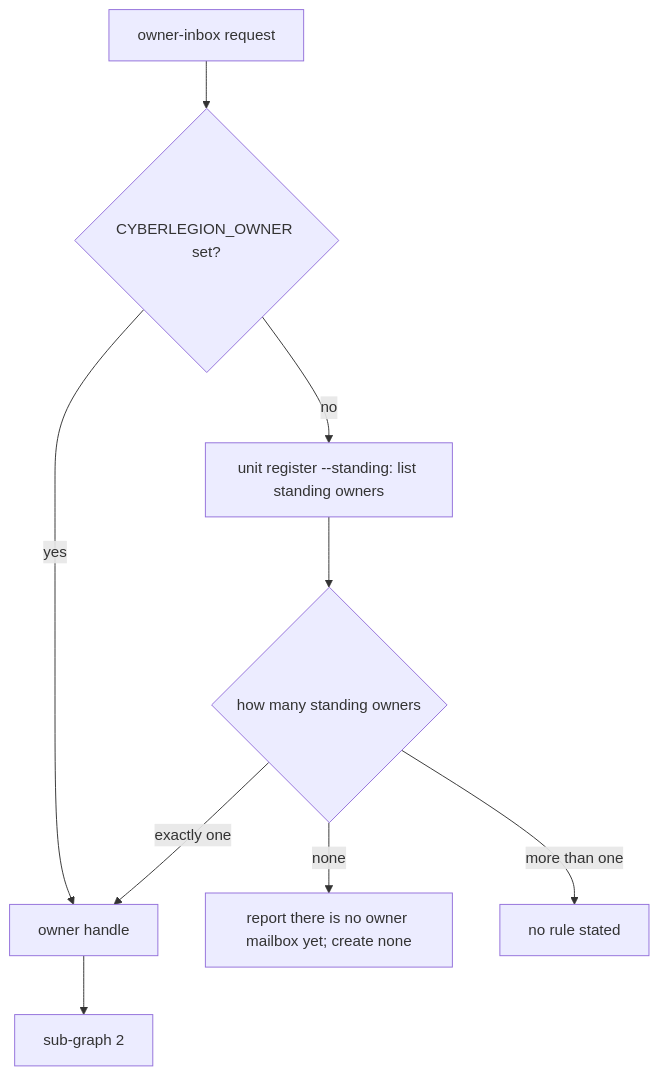
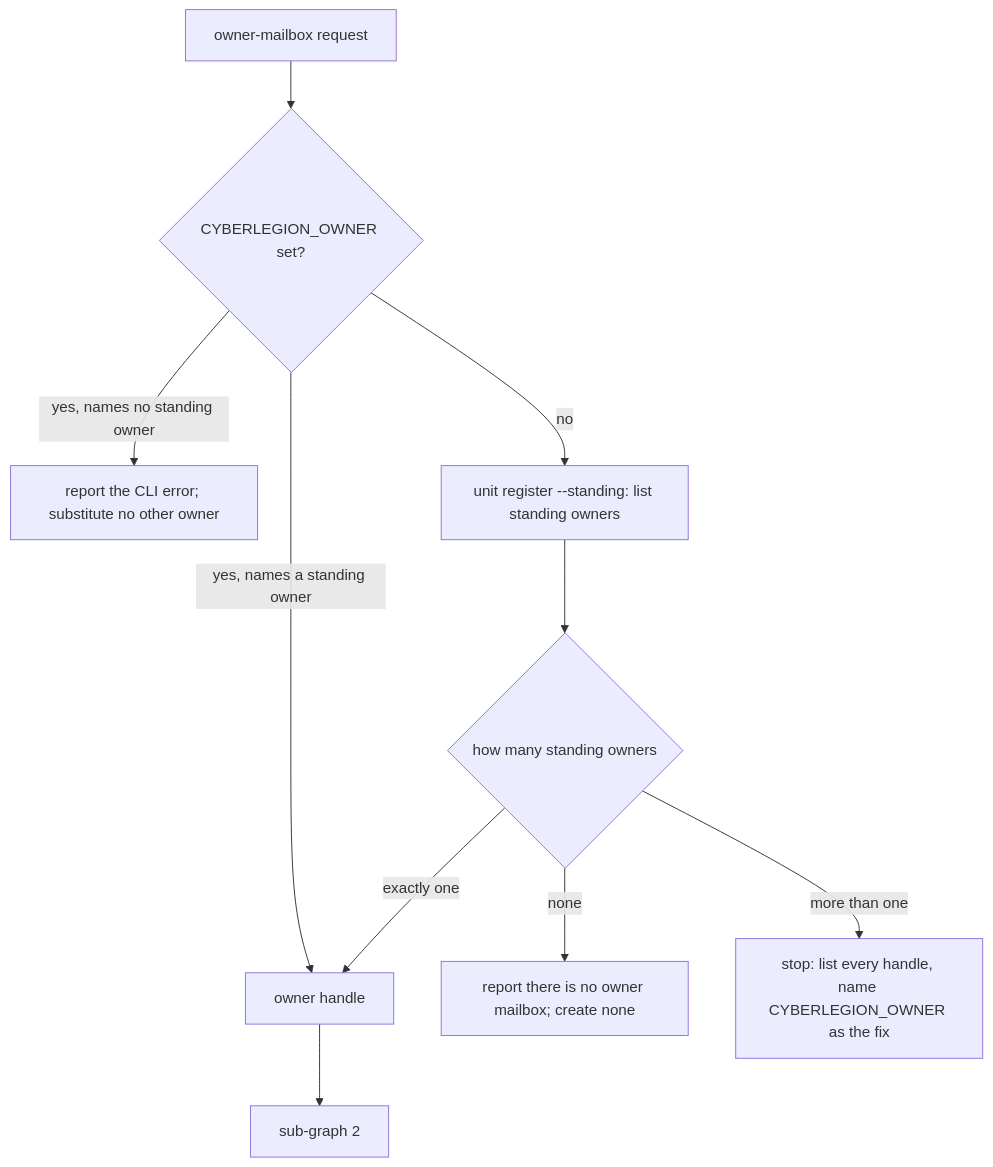
Before and after one commit to cyberuni/cyberlegion: the second of 3 diagrams in .agents/specs/cyberlegion-plugin/inbox/README.md, drawn with Mermaid. The commit also changed other lines of this file and 6 other files, not shown here.

First line of the commit message:
Stop manage-inbox from guessing among several standing owners (#60)

````diff
--- a/.agents/specs/cyberlegion-plugin/inbox/README.md
+++ b/.agents/specs/cyberlegion-plugin/inbox/README.md
@@ -78,11 +130,12 @@
 ```mermaid
 graph TD
-  REQ[owner-inbox request] --> ENVSET{CYBERLEGION_OWNER set?}
-  ENVSET -->|yes| HANDLE[owner handle]
+  REQ[owner-mailbox request] --> ENVSET{CYBERLEGION_OWNER set?}
+  ENVSET -->|yes, names a standing owner| HANDLE[owner handle]
+  ENVSET -->|yes, names no standing owner| NOTOWNER[report the CLI error; substitute no other owner]
   ENVSET -->|no| LISTOWN[unit register --standing: list standing owners]
   LISTOWN --> COUNT{how many standing owners}
   COUNT -->|exactly one| HANDLE
-  COUNT -->|none| NOOWNER[report there is no owner mailbox yet; create none]
-  COUNT -->|more than one| MANY[no rule stated]
+  COUNT -->|none| NOOWNER[report there is no owner mailbox; create none]
+  COUNT -->|more than one| MANY[stop: list every handle, name CYBERLEGION_OWNER as the fix]
   HANDLE --> ACT[sub-graph 2]
 ```
````
